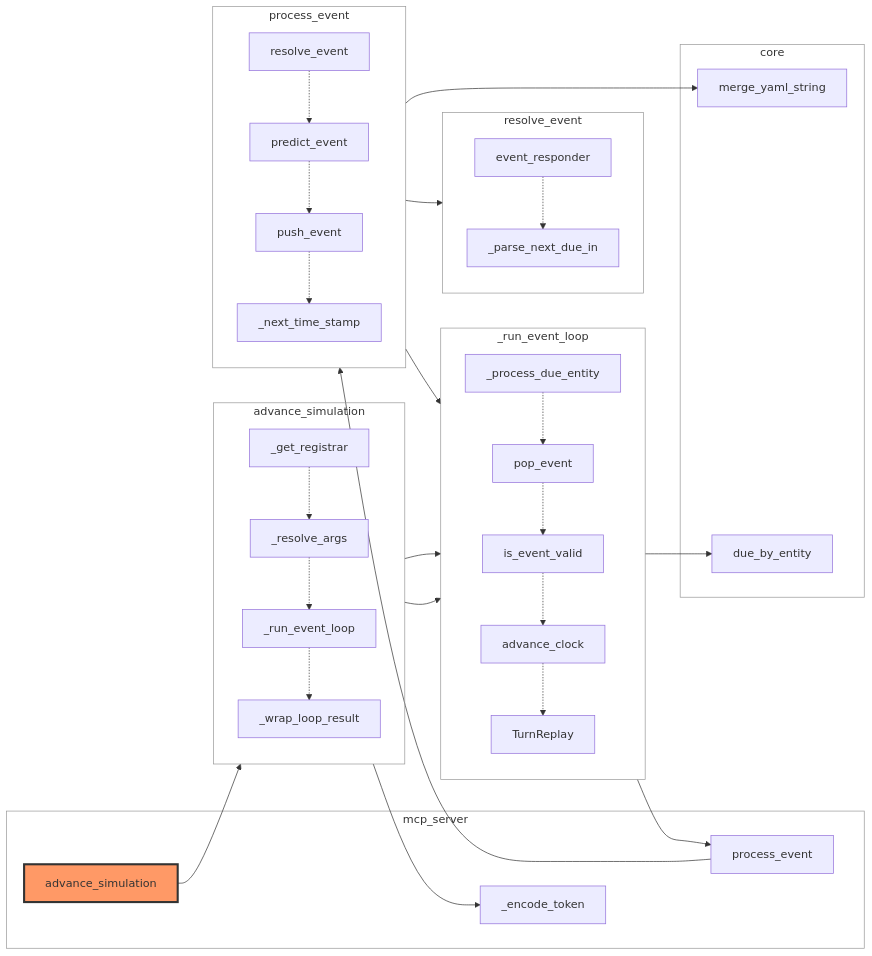
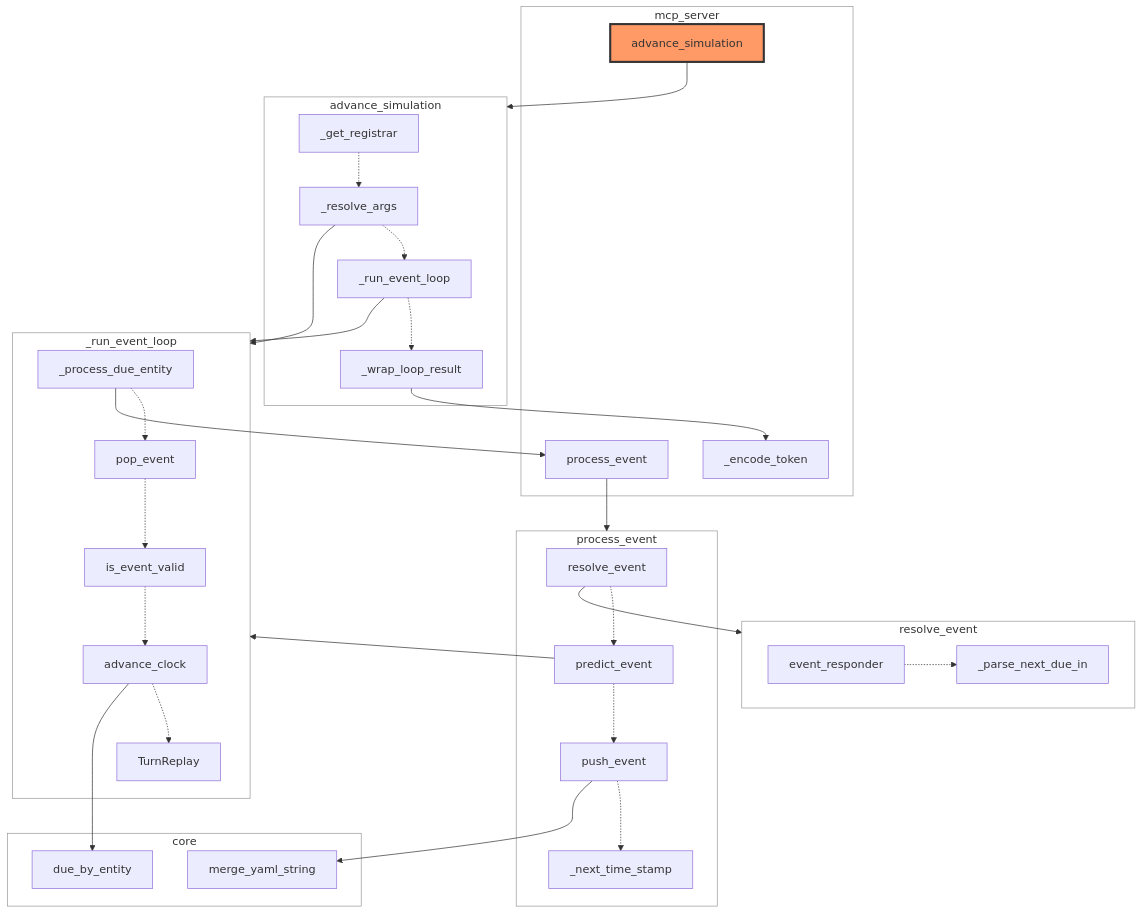
The first of 2 diagrams in docs/architecture/advance_simulation.md (zhafen/story-simulator), drawn with Mermaid before and after one commit. The commit also changed other lines of this file, not shown here.

First line of the commit message:
Regenerate advance_simulation diagram with the sequence-subgraph edge fix

````diff
--- a/docs/architecture/advance_simulation.md
+++ b/docs/architecture/advance_simulation.md
@@ -46,63 +46,59 @@
 ```mermaid
 %%{init: {'themeVariables': {'clusterBkg': 'transparent', 'clusterBorder': '#999999'}}}%%
-flowchart LR
+flowchart TB
     subgraph sg0["core"]
         n12["due_by_entity"]
         n17["merge_yaml_string"]
     end
     subgraph sg1["mcp_server"]
         n0["advance_simulation"]
         n6["_encode_token"]
         n11["process_event"]
     end
     subgraph seq0["advance_simulation"]
-        direction TB
         n2["_get_registrar"]
         n1["_resolve_args"]
         n4["_run_event_loop"]
         n3["_wrap_loop_result"]
         n2 -.-> n1
         n1 -.-> n4
         n4 -.-> n3
     end
     subgraph seq3["_run_event_loop"]
-        direction TB
         n7["_process_due_entity"]
         n10["pop_event"]
         n8["is_event_valid"]
         n9["advance_clock"]
         n5["TurnReplay"]
         n7 -.-> n10
         n10 -.-> n8
         n8 -.-> n9
         n9 -.-> n5
     end
     subgraph seq6["process_event"]
-        direction TB
         n15["resolve_event"]
         n13["predict_event"]
         n14["push_event"]
         n16["_next_time_stamp"]
         n15 -.-> n13
         n13 -.-> n14
         n14 -.-> n16
     end
     subgraph seq9["resolve_event"]
-        direction TB
         n19["event_responder"]
         n18["_parse_next_due_in"]
         n19 -.-> n18
     end
     n0 --> seq0
     n1 --> seq3
     n3 --> n6
     n4 --> seq3
     n7 --> n11
     n9 --> n12
     n11 --> seq6
     n13 --> seq3
     n14 --> n17
     n15 --> seq9
     class n0 rootNode
     classDef rootNode fill:#f96,stroke:#333,stroke-width:3px
 ```
````
